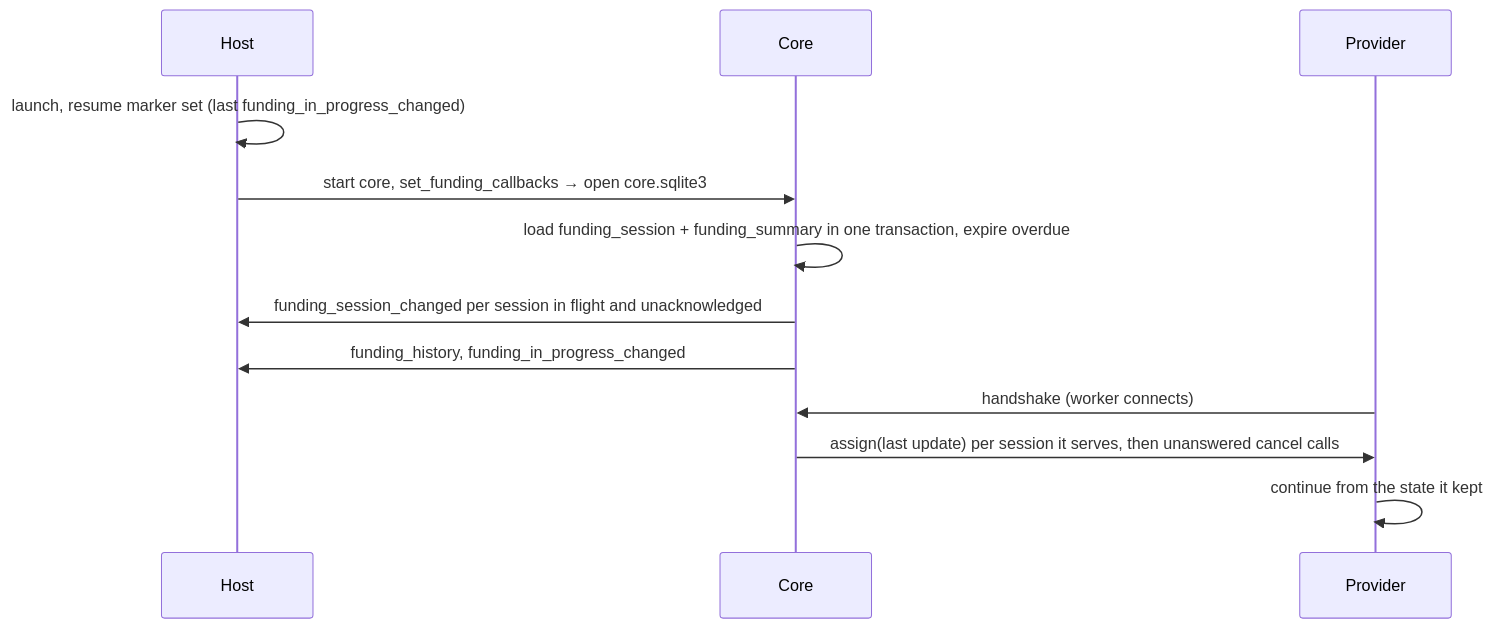
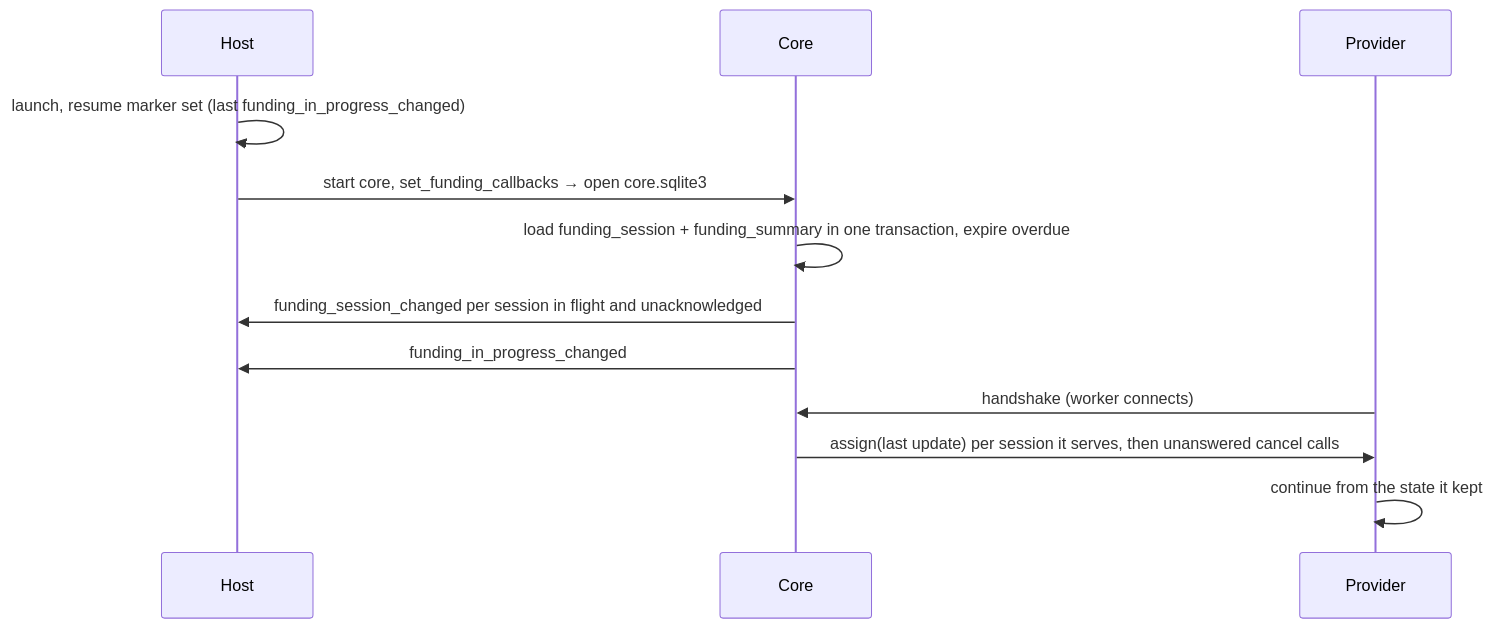
Before and after one commit to paritytech/trinity-user-agents: the eighth of 9 diagrams in docs/design/funding-modality.md, drawn with Mermaid. The commit also changed other lines of this file, not shown here.

Commit message:
docs(funding): history read from the core, worker crash restart, providers close their screens

````diff
--- a/docs/design/funding-modality.md
+++ b/docs/design/funding-modality.md
@@ -298,14 +311,14 @@
 ```mermaid
 sequenceDiagram
   participant H as Host
   participant C as Core
   participant W as Provider
   H->>H: launch, resume marker set (last funding_in_progress_changed)
   H->>C: start core, set_funding_callbacks → open core.sqlite3
   C->>C: load funding_session + funding_summary in one transaction, expire overdue
   C->>H: funding_session_changed per session in flight and unacknowledged
-  C->>H: funding_history, funding_in_progress_changed
+  C->>H: funding_in_progress_changed
   W->>C: handshake (worker connects)
   C->>W: assign(last update) per session it serves, then unanswered cancel calls
   W->>W: continue from the state it kept
 ```
````
